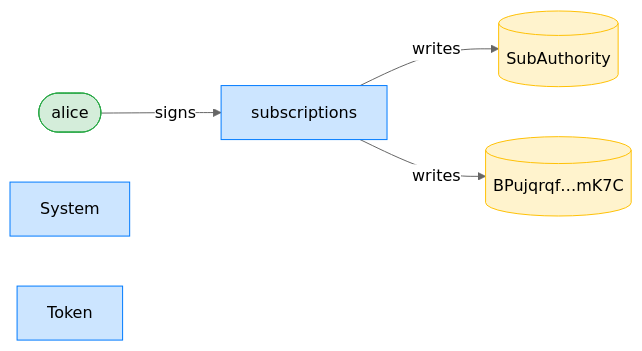
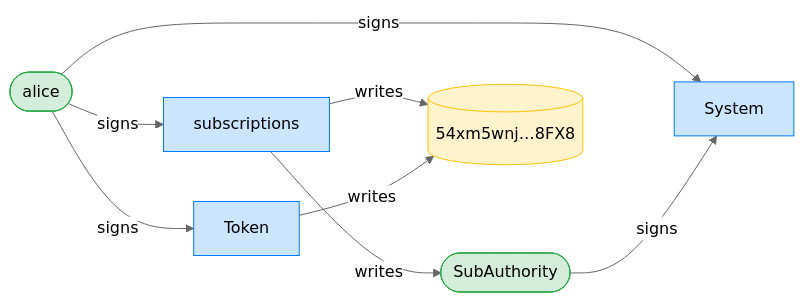
One commit to cds-rs/subscriptions changed the third of 4 diagrams in dsl_tests/reject-a-recurring-delegation-with-a-past-start.md. Above: the diagram before and after it, drawn with Mermaid (neutral theme). The commit also changed other lines of this file and 224 other files, not shown here.

````diff
--- a/dsl_tests/reject-a-recurring-delegation-with-a-past-start.md
+++ b/dsl_tests/reject-a-recurring-delegation-with-a-past-start.md
@@ -55,15 +56,19 @@
 ```mermaid
 flowchart LR
     classDef signer fill:#d4edda,stroke:#28a745;
     classDef program fill:#cce5ff,stroke:#007bff;
     classDef writable fill:#fff3cd,stroke:#ffc107;
     subscriptions[subscriptions]:::program
     alice([alice]):::signer
-    SubAuthority[(SubAuthority)]:::writable
-    BPujqrqf_mK7C[("BPujqrqf…mK7C")]:::writable
+    SubAuthority([SubAuthority]):::signer
+    54xm5wnj_8FX8[("54xm5wnj…8FX8")]:::writable
     System[System]:::program
     Token[Token]:::program
     alice -->|signs| subscriptions
+    alice -->|signs| System
+    SubAuthority -->|signs| System
+    alice -->|signs| Token
     subscriptions -->|writes| SubAuthority
-    subscriptions -->|writes| BPujqrqf_mK7C
+    subscriptions -->|writes| 54xm5wnj_8FX8
+    Token -->|writes| 54xm5wnj_8FX8
 ```
````
